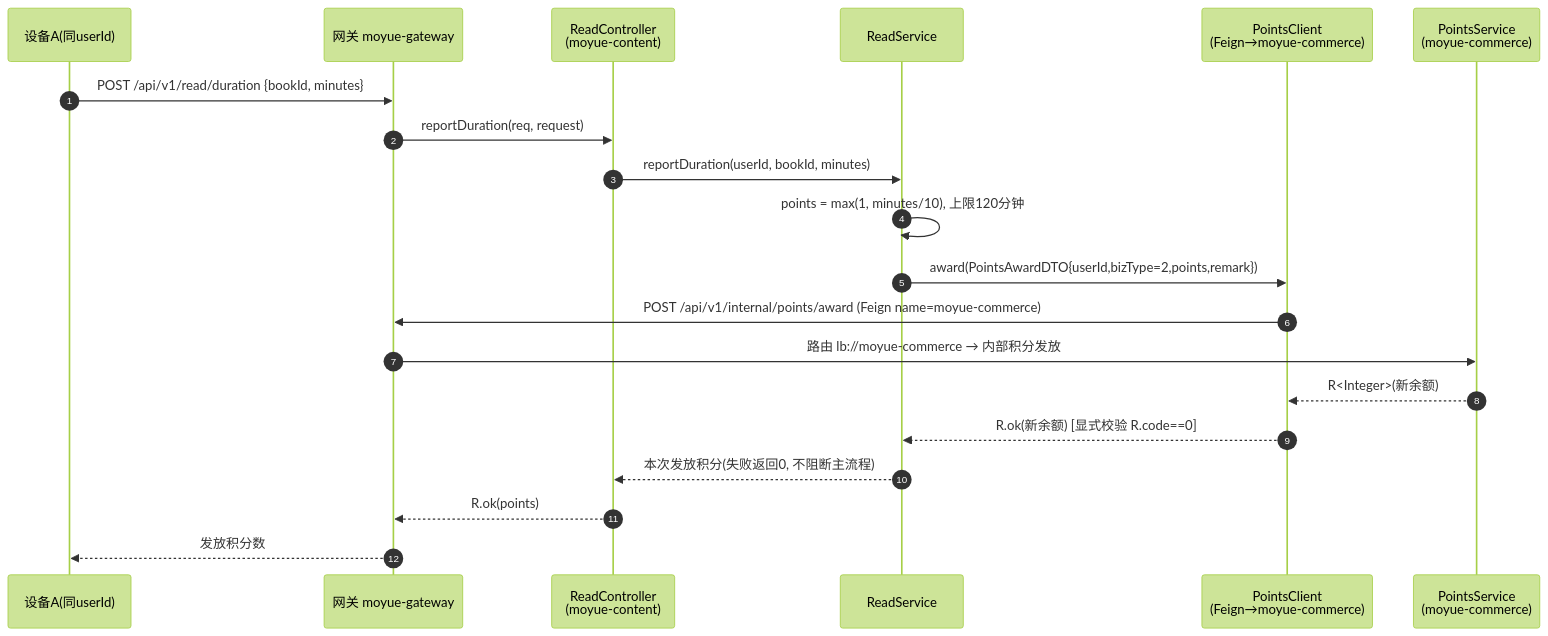
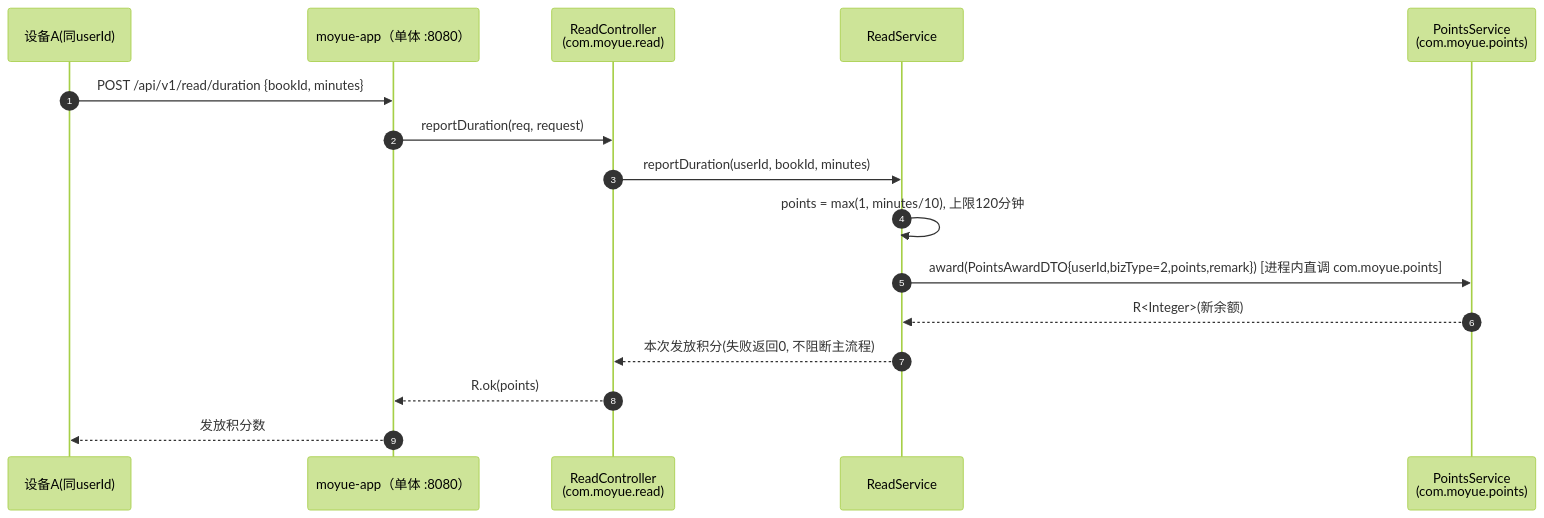
Before and after one commit to linxi072/moyue-parent: the third of 3 diagrams in docs/时序图/书架同步.md, drawn with Mermaid (forest theme). The commit also changed other lines of this file and 10 other files, not shown here.

````diff
--- a/docs/时序图/书架同步.md
+++ b/docs/时序图/书架同步.md
@@ -79,23 +81,19 @@
 ```mermaid
 sequenceDiagram
     autonumber
     participant DA as 设备A(同userId)
-    participant GW as 网关 moyue-gateway
-    participant RC as ReadController<br/>(moyue-content)
+    participant GW as moyue-app（单体 :8080）
+    participant RC as ReadController<br/>(com.moyue.read)
     participant RS as ReadService
-    participant PC as PointsClient<br/>(Feign→moyue-commerce)
-    participant PTS as PointsService<br/>(moyue-commerce)
+    participant PTS as PointsService<br/>(com.moyue.points)
 
     DA->>GW: POST /api/v1/read/duration {bookId, minutes}
     GW->>RC: reportDuration(req, request)
     RC->>RS: reportDuration(userId, bookId, minutes)
     RS->>RS: points = max(1, minutes/10), 上限120分钟
-    RS->>PC: award(PointsAwardDTO{userId,bizType=2,points,remark})
-    PC->>GW: POST /api/v1/internal/points/award (Feign name=moyue-commerce)
-    GW->>PTS: 路由 lb://moyue-commerce → 内部积分发放
-    PTS-->>PC: R<Integer>(新余额)
-    PC-->>RS: R.ok(新余额)  [显式校验 R.code==0]
+    RS->>PTS: award(PointsAwardDTO{userId,bizType=2,points,remark})  [进程内直调 com.moyue.points]
+    PTS-->>RS: R<Integer>(新余额)
     RS-->>RC: 本次发放积分(失败返回0, 不阻断主流程)
     RC-->>GW: R.ok(points)
     GW-->>DA: 发放积分数
 ```
````
